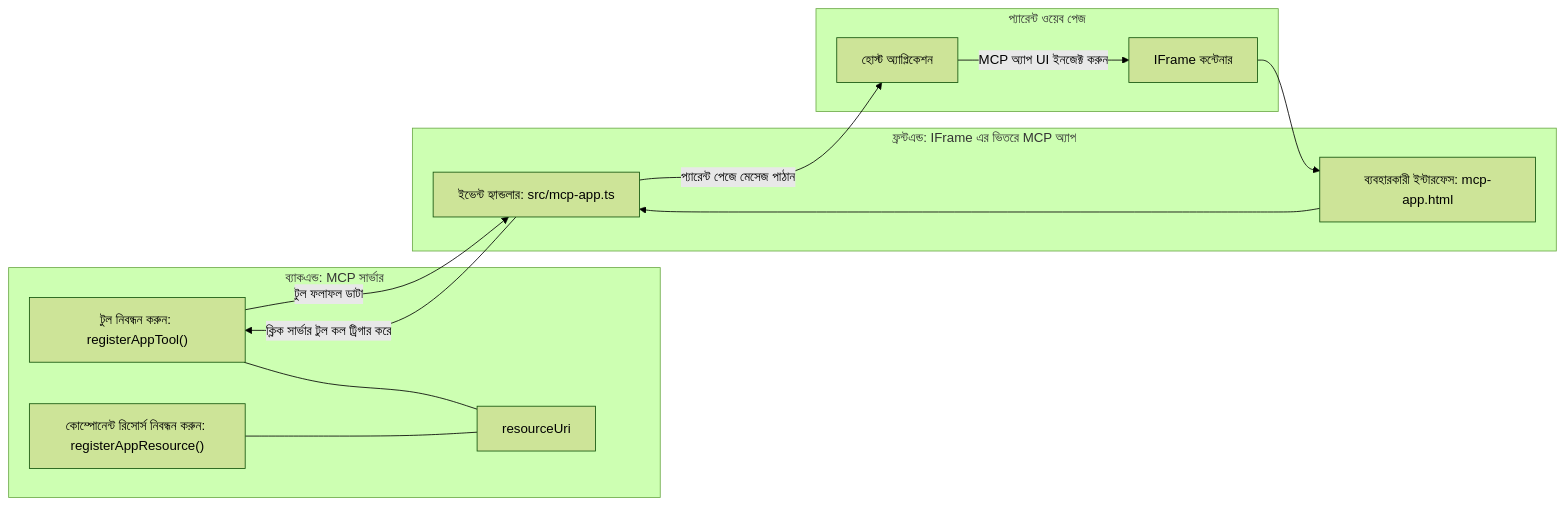
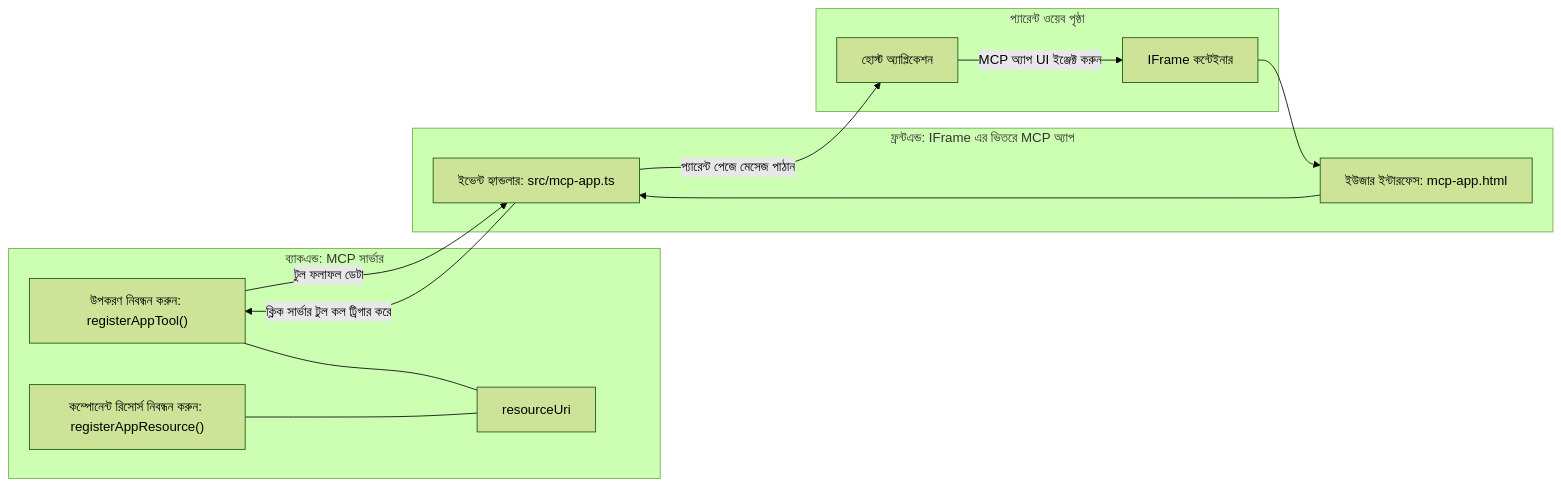
One commit to HIDORAKAI002/ai-workspace-archive changed the diagram in mcp_ecosystem__model_context_protocol/mcp_learning_resources/mcp-for-beginners/translations/bn/03-GettingStarted/15-mcp-apps/README.md. Above: the diagram before and after it, drawn with Mermaid (forest theme). The commit also changed other lines of this file and 1160 other files, not shown here.

````diff
--- a/mcp_ecosystem__model_context_protocol/mcp_learning_resources/mcp-for-beginners/translations/bn/03-GettingStarted/15-mcp-apps/README.md
+++ b/mcp_ecosystem__model_context_protocol/mcp_learning_resources/mcp-for-beginners/translations/bn/03-GettingStarted/15-mcp-apps/README.md
@@ -32,27 +32,27 @@
 ```mermaid
 flowchart LR
   subgraph Backend[ব্যাকএন্ড: MCP সার্ভার]
-    T["টুল নিবন্ধন করুন: registerAppTool()"]
-    C["কোম্পোনেন্ট রিসোর্স নিবন্ধন করুন: registerAppResource()"]
+    T["উপকরণ নিবন্ধন করুন: registerAppTool()"]
+    C["কম্পোনেন্ট রিসোর্স নিবন্ধন করুন: registerAppResource()"]
     U[resourceUri]
     T --- U
     C --- U
   end
 
-  subgraph Parent[প্যারেন্ট ওয়েব পেজ]
+  subgraph Parent[প্যারেন্ট ওয়েব পৃষ্ঠা]
     H[হোস্ট অ্যাপ্লিকেশন]
-    IFRAME[IFrame কন্টেনার]
-    H -->|MCP অ্যাপ UI ইনজেক্ট করুন| IFRAME
+    IFRAME[IFrame কন্টেইনার]
+    H -->|MCP অ্যাপ UI ইঞ্জেক্ট করুন| IFRAME
   end
 
   subgraph Frontend[ফ্রন্টএন্ড: IFrame এর ভিতরে MCP অ্যাপ]
-    UI["ব্যবহারকারী ইন্টারফেস: mcp-app.html"]
+    UI["ইউজার ইন্টারফেস: mcp-app.html"]
     EH["ইভেন্ট হ্যান্ডলার: src/mcp-app.ts"]
     UI --> EH
   end
 
   IFRAME --> UI
   EH -->|ক্লিক সার্ভার টুল কল ট্রিগার করে| T
-  T -->|টুল ফলাফল ডাটা| EH
+  T -->|টুল ফলাফল ডেটা| EH
   EH -->|প্যারেন্ট পেজে মেসেজ পাঠান| H
 ```
````
